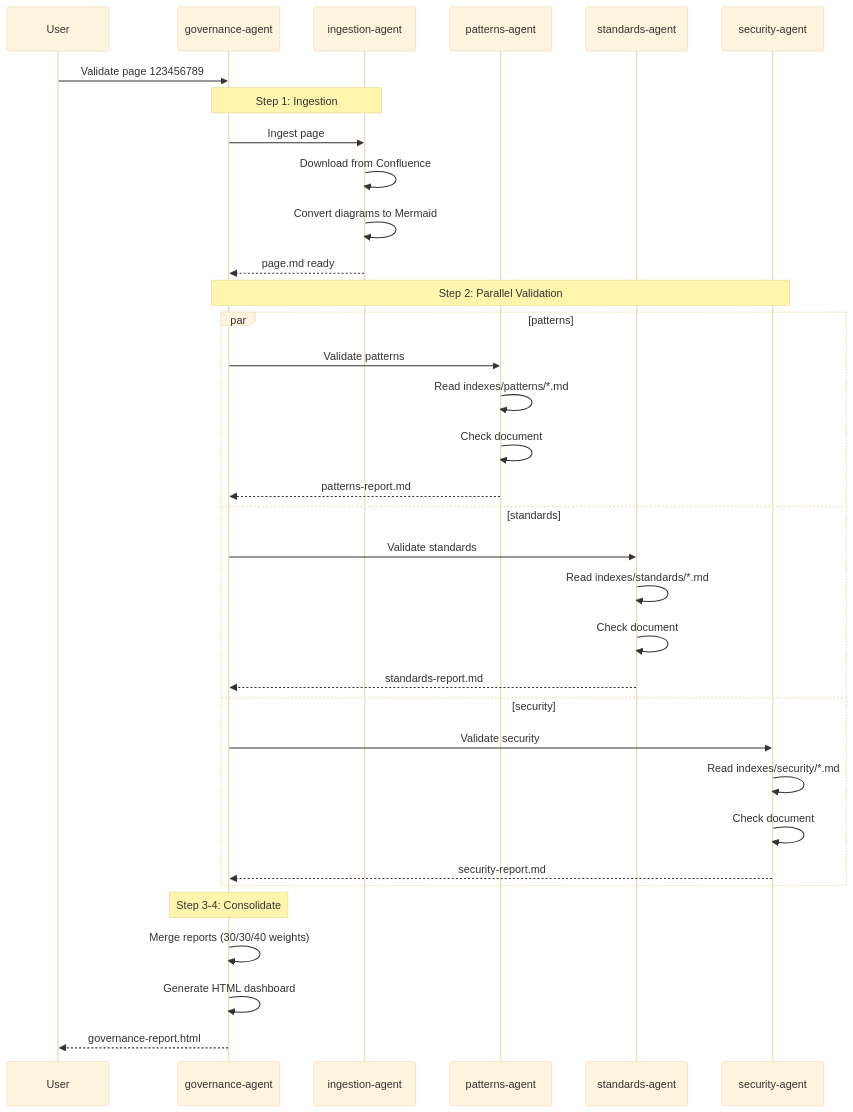
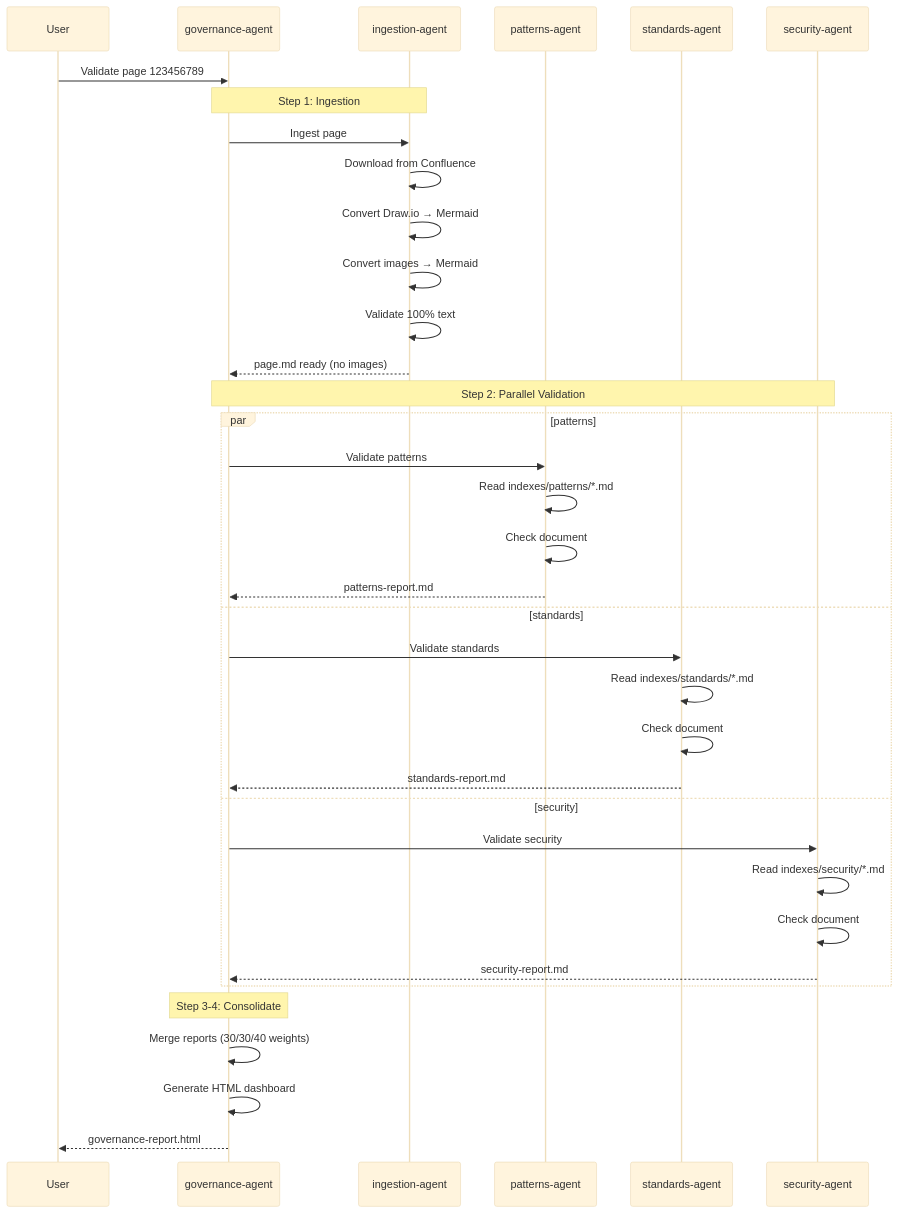
Before and after one commit to byrash/architecture-governance: the third of 3 diagrams in README.md, drawn with Mermaid (base theme). The commit also changed other lines of this file and 15 other files, not shown here.

````diff
--- a/README.md
+++ b/README.md
@@ -146,40 +146,42 @@
 ```mermaid
 sequenceDiagram
     participant User
     participant GA as governance-agent
     participant IA as ingestion-agent
     participant PA as patterns-agent
     participant SA as standards-agent
     participant SEA as security-agent
 
     User->>GA: Validate page 123456789
     
     Note over GA,IA: Step 1: Ingestion
     GA->>IA: Ingest page
     IA->>IA: Download from Confluence
-    IA->>IA: Convert diagrams to Mermaid
-    IA-->>GA: page.md ready
+    IA->>IA: Convert Draw.io → Mermaid
+    IA->>IA: Convert images → Mermaid
+    IA->>IA: Validate 100% text
+    IA-->>GA: page.md ready (no images)
 
     Note over GA,SEA: Step 2: Parallel Validation
     par patterns
         GA->>PA: Validate patterns
         PA->>PA: Read indexes/patterns/*.md
         PA->>PA: Check document
         PA-->>GA: patterns-report.md
     and standards
         GA->>SA: Validate standards
         SA->>SA: Read indexes/standards/*.md
         SA->>SA: Check document
         SA-->>GA: standards-report.md
     and security
         GA->>SEA: Validate security
         SEA->>SEA: Read indexes/security/*.md
         SEA->>SEA: Check document
         SEA-->>GA: security-report.md
     end
 
     Note over GA: Step 3-4: Consolidate
     GA->>GA: Merge reports (30/30/40 weights)
     GA->>GA: Generate HTML dashboard
     GA-->>User: governance-report.html
 ```
````
